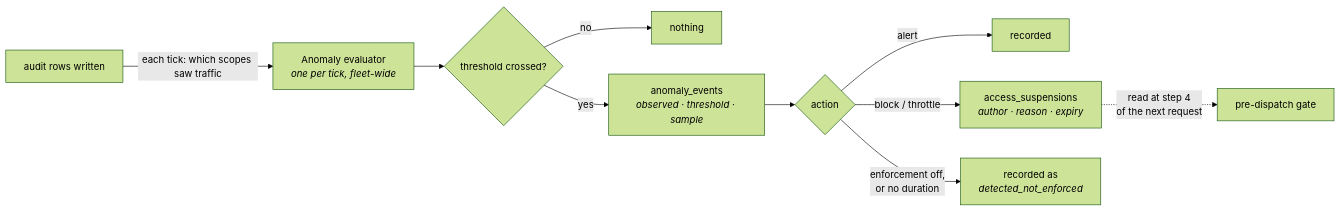
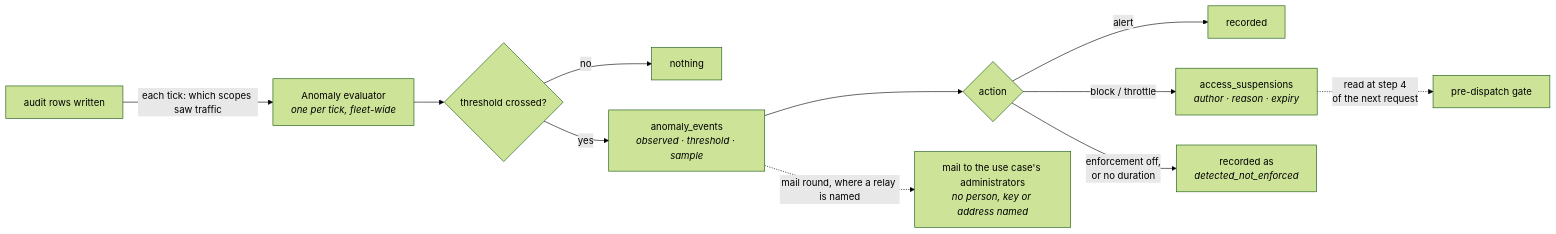
One commit to InigoImago/AIRA-Gateway changed the sixth of 6 diagrams in docs/REQUEST-LIFECYCLE.md. Above: the diagram before and after it, drawn with Mermaid (forest theme). The commit also changed other lines of this file and 44 other files, not shown here.

````diff
--- a/docs/REQUEST-LIFECYCLE.md
+++ b/docs/REQUEST-LIFECYCLE.md
@@ -676,12 +706,13 @@
 ```mermaid
 graph LR
     row["audit rows written"] -->|"each tick: which scopes saw traffic"| tick["Anomaly evaluator<br/><i>one per tick, fleet-wide</i>"]
     tick --> find{"threshold crossed?"}
     find -->|"no"| nothing["nothing"]
     find -->|"yes"| ev["anomaly_events<br/><i>observed · threshold · sample</i>"]
     ev --> act{"action"}
     act -->|"alert"| done["recorded"]
     act -->|"block / throttle"| dec["access_suspensions<br/><i>author · reason · expiry</i>"]
     act -->|"enforcement off,<br/>or no duration"| noop["recorded as<br/><i>detected_not_enforced</i>"]
     dec -.->|"read at step 4<br/>of the next request"| gate["pre-dispatch gate"]
+    ev -.->|"mail round, where a relay is named"| mail["mail to the use case's administrators<br/><i>no person, key or address named</i>"]
 ```
````
